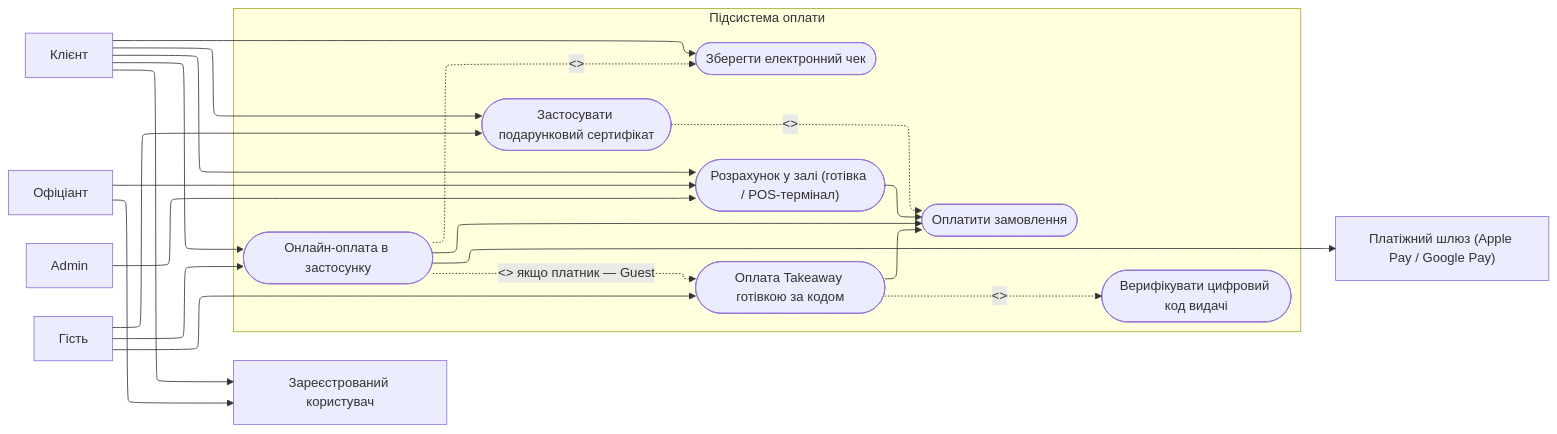
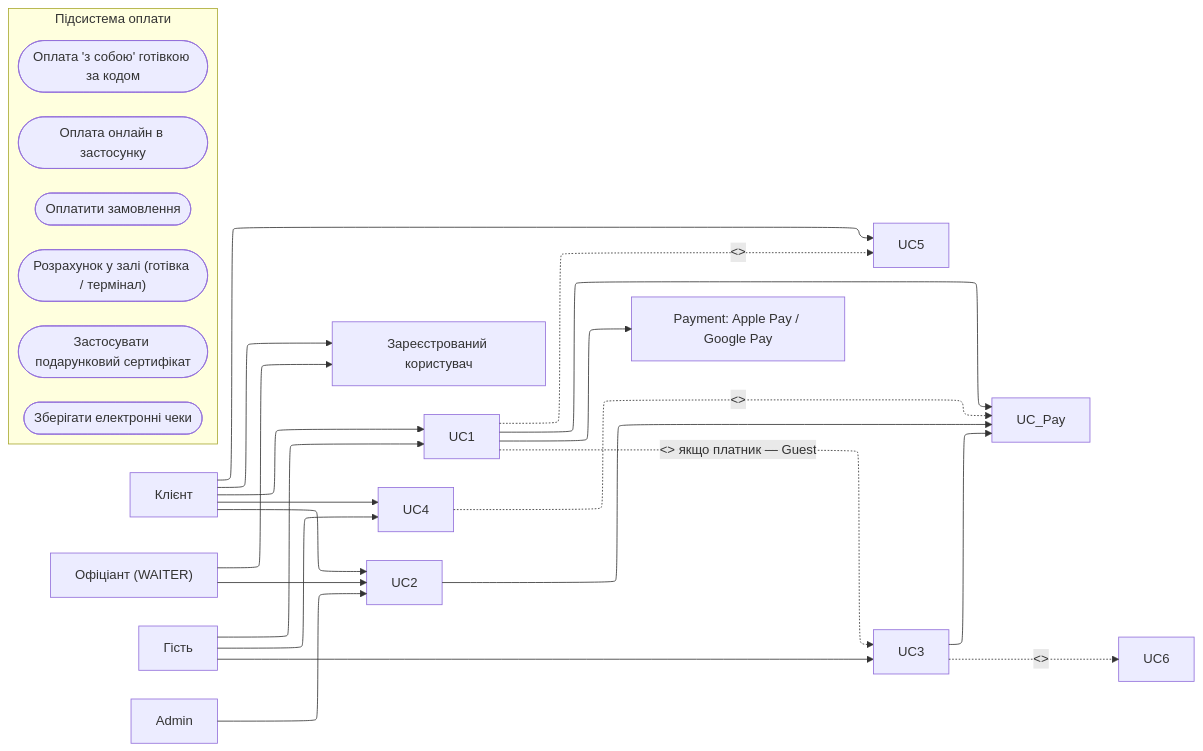
The diagram in Labs/Lab2/models/pay_system.mmd (cyjiky/TableFlow), drawn with Mermaid before and after one commit. The commit also changed 7 other files, not shown here.

```diff
--- a/Labs/Lab2/models/pay_system.mmd
+++ b/Labs/Lab2/models/pay_system.mmd
@@ -1,66 +1,56 @@
 ---
 config:
     layout: elk
 ---
 flowchart LR
-    Client["Client"]
-    Waiter["Waiter"]
-    Admin["Admin"]
-    Guest["Guest"]
-    Payment["Payment: Apple Pay / Google Pay"]
-    Client["Клієнт (CLIENT)"]
-    Waiter["Офіціант (WAITER)"]
-    Guest["Гість (GUEST)"]
     %% Актори
     User["Зареєстрований користувач"]
     Client["Клієнт"]
     Waiter["Офіціант"]
     Guest["Гість"]
-    Payment["Платіжний шлюз (Apple Pay / Google Pay)"]
+    Admin["Admin"]
+    Payment["Payment: Apple Pay / Google Pay"]
+    Waiter["Офіціант (WAITER)"]
 
     %% Узагальнення акторів
     Client --> User
     Waiter --> User
 
     subgraph System ["Підсистема оплати"]
-      UC1(["Оплата онлайн"])
-      UC2(["Приймати оплату від гостей"])
-      UC3(["Унікальний цифровий код для оплати"])
-      UC5(["Зберігати електронні чеки"])
-      UC_Pay(["Оплатити замовлення"])
-      UC1(["Онлайн-оплата в застосунку"])
-      UC2(["Розрахунок у залі (готівка / POS-термінал)"])
-      UC3(["Оплата Takeaway готівкою за кодом"])
-      UC4(["Застосувати подарунковий сертифікат"])
-      UC5(["Зберегти електронний чек"])
-      UC6(["Верифікувати цифровий код видачі"])
+      UC3_1(["Оплата онлайн в застосунку"])
+      UC3_2(["Розрахунок y залі (готівка / термінал)"])
+      UC3_3(["Оплата 'з собою' готівкою за кодом"])
+      UC3_4(["Застосувати подарунковий сертифікат"])
+      UC3_5(["Зберігати електронні чеки"])
+      %% UC3_6(["Верифікувати цифровий код видачі"])
+      UC3__Pay(["Оплатити замовлення"])
     end
 
     %% Зв'язки акторів з прецедентами
     Client --> UC1
     Client --> UC4
     Client --> UC5
     Client --> UC2
 
     Waiter --> UC2
 
     Admin --> UC2
 
     Guest --> UC1
     Guest --> UC4
     Guest --> UC3
 
     UC1 -.->|"<<extend>> якщо платник — Guest"| UC3
     %% Узагальнення способів оплати
     UC1 --> UC_Pay
     UC2 --> UC_Pay
     UC3 --> UC_Pay
 
     %% Взаємодія із зовнішньою платіжною системою
     UC1 --> Payment
 
     %% Include / Extend зв'язки
     UC1 -.->|"<<include>>"| UC5
     UC3 -.->|"<<include>>"| UC6
 
     UC4 -.->|"<<extend>>"| UC_Pay
```
